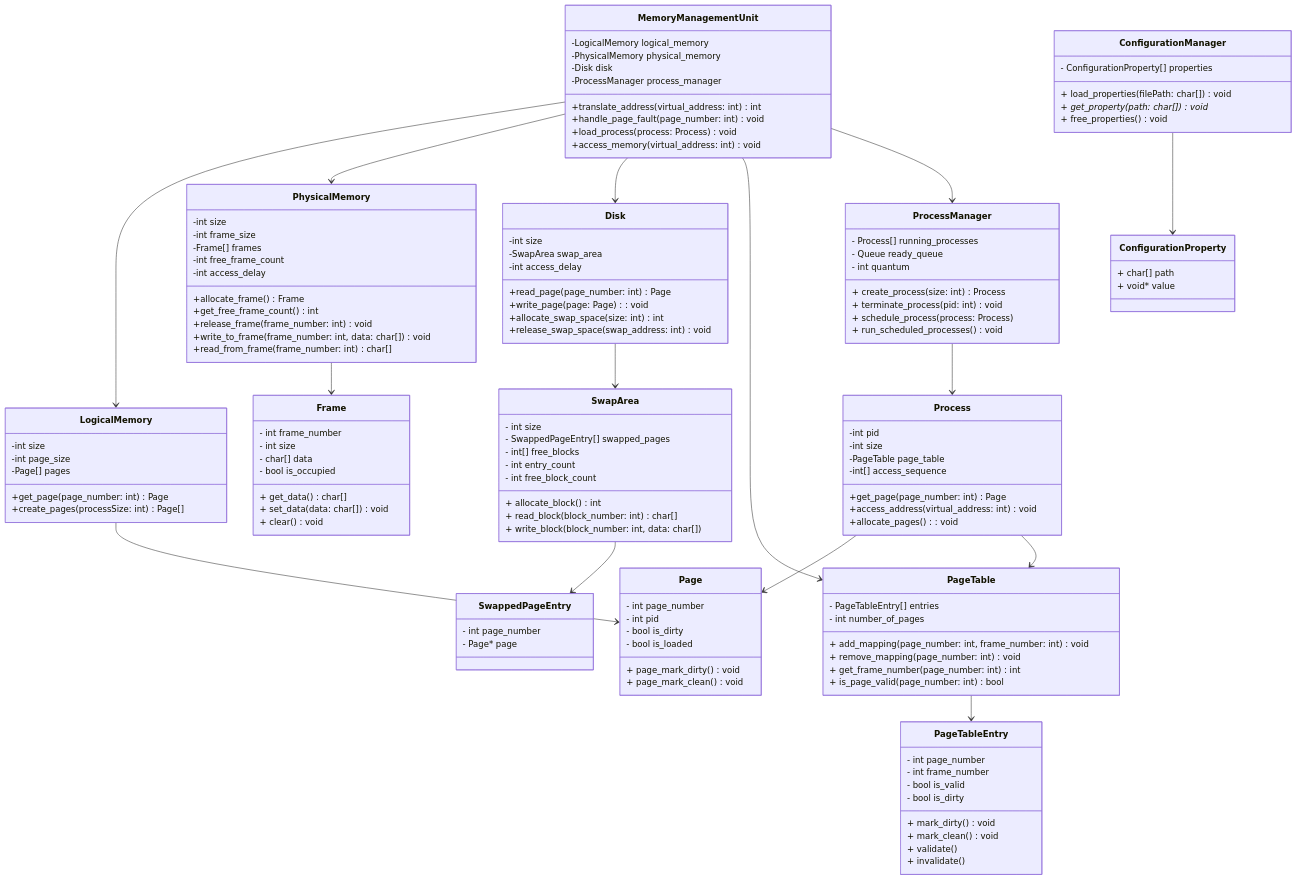
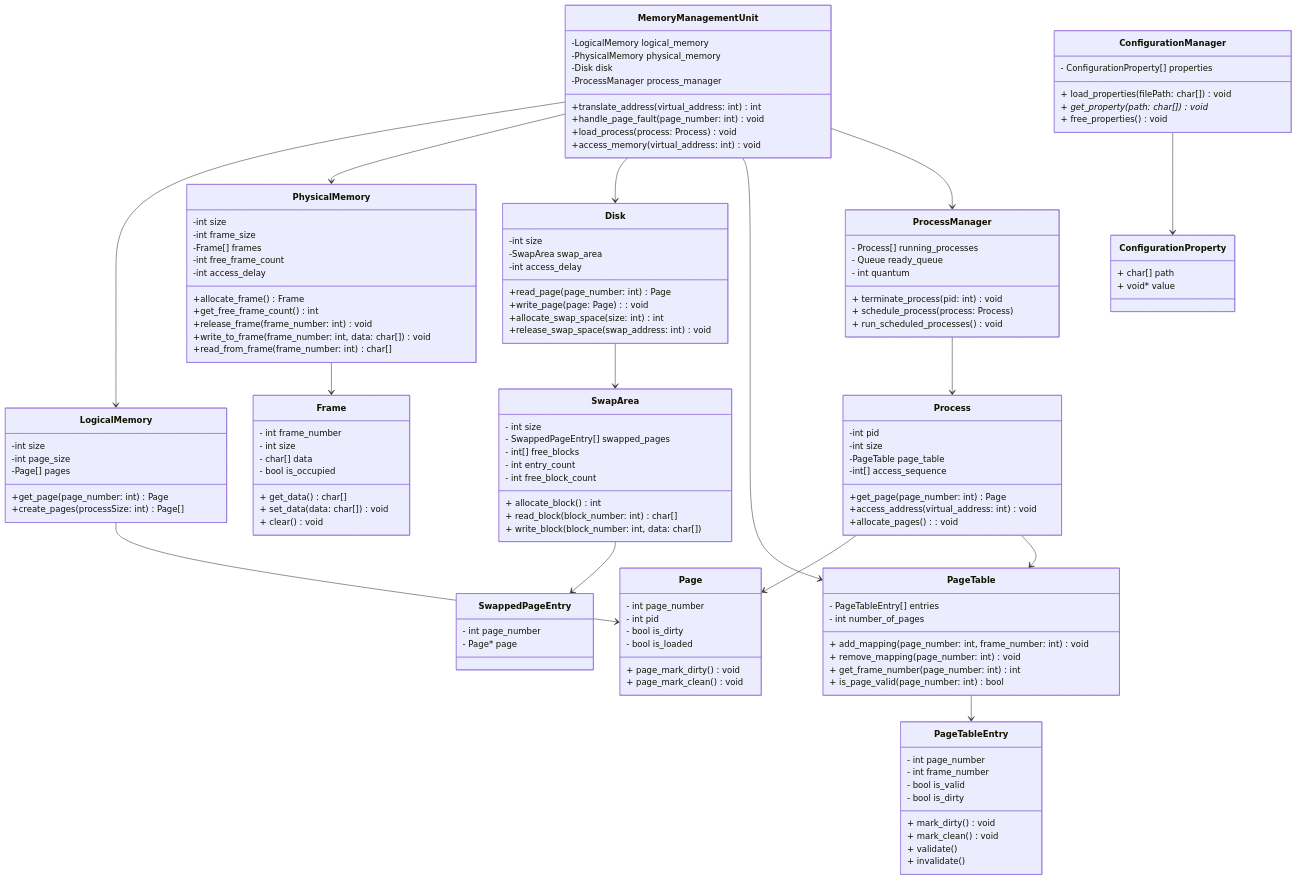
Before and after one commit to ImGabreuw/operating-system-paging-simulation: the diagram in docs/README.md, drawn with Mermaid. The commit also changed other lines of this file and 8 other files, not shown here.

```diff
--- a/docs/README.md
+++ b/docs/README.md
@@ -115,7 +115,6 @@
       - Process[] running_processes
       - Queue ready_queue
       - int quantum
-      + create_process(size: int) Process
       + terminate_process(pid: int) void
       + schedule_process(process: Process)
       + run_scheduled_processes() void
```
